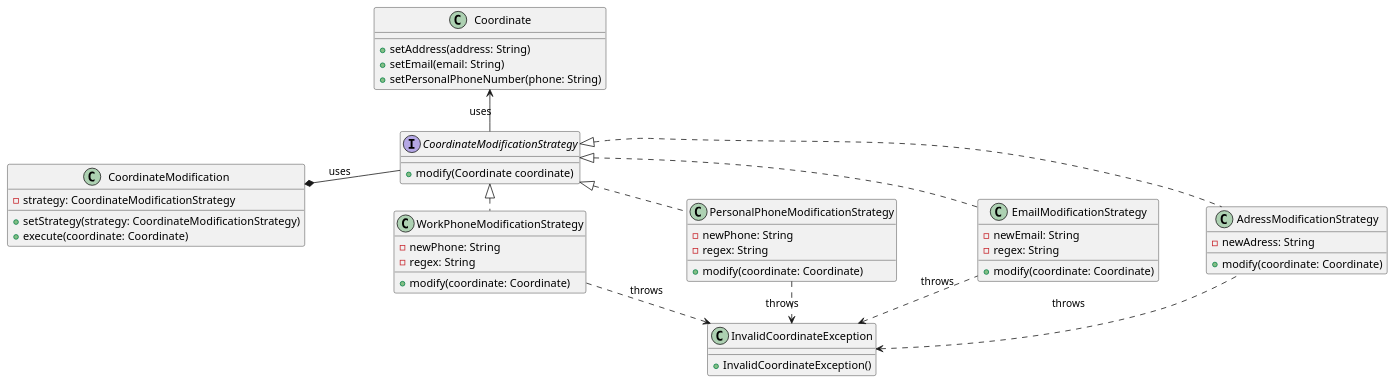
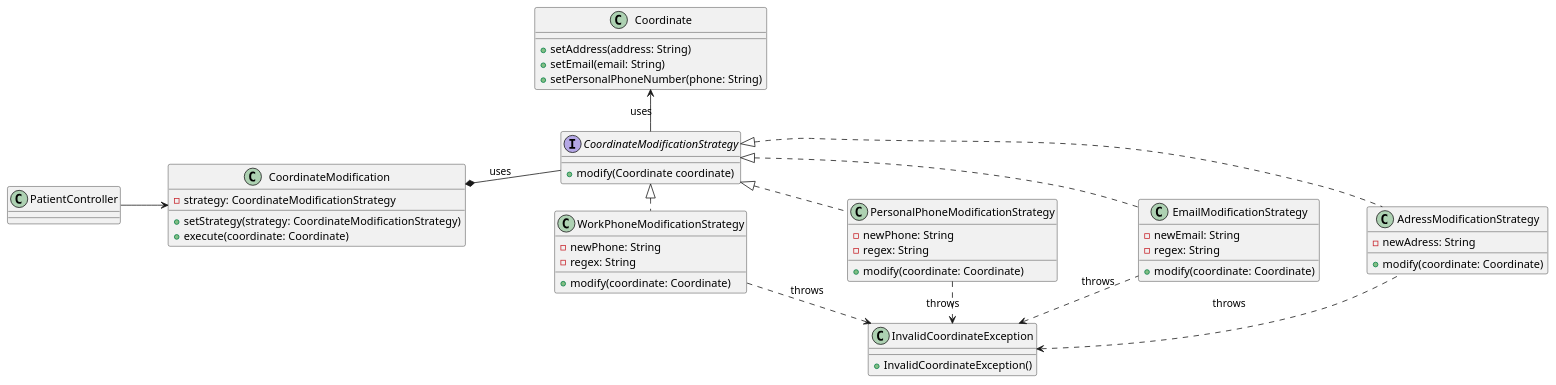
One commit to KevenJAntenor/Quebec-Centralized-Medical-Record-System changed the diagram in plantUml-partie2/strategy-class.puml. Above: the diagram before and after it, drawn with PlantUML.

Commit message:
fix: add controller that uses strategy

```diff
--- a/plantUml-partie2/strategy-class.puml
+++ b/plantUml-partie2/strategy-class.puml
@@ -1,64 +1,65 @@
 @startuml
 left to right direction
 class InvalidCoordinateException {
     +InvalidCoordinateException()
 }
 interface CoordinateModificationStrategy {
     +modify(Coordinate coordinate)
 }
 
 class AdressModificationStrategy {
     -newAdress: String
     +modify(coordinate: Coordinate)
 }
 
 class EmailModificationStrategy {
     -newEmail: String
     -regex: String
     +modify(coordinate: Coordinate)
 }
 
 class PersonalPhoneModificationStrategy {
     -newPhone: String
     -regex: String
     +modify(coordinate: Coordinate)
 }
 
 class WorkPhoneModificationStrategy {
     -newPhone: String
     -regex: String
     +modify(coordinate: Coordinate)
 }
 
 
 class CoordinateModification {
     -strategy: CoordinateModificationStrategy
     +setStrategy(strategy: CoordinateModificationStrategy)
     +execute(coordinate: Coordinate)
 }
 
 class Coordinate {
     +setAddress(address: String)
     +setEmail(email: String)
     +setPersonalPhoneNumber(phone: String)
 }
 
 CoordinateModificationStrategy <|.r. EmailModificationStrategy
 CoordinateModificationStrategy <|.r. PersonalPhoneModificationStrategy
 CoordinateModificationStrategy <|.r. WorkPhoneModificationStrategy
 CoordinateModificationStrategy <|.r. AdressModificationStrategy
 
 
 InvalidCoordinateException <.. AdressModificationStrategy: throws
 InvalidCoordinateException <.. EmailModificationStrategy: throws
 InvalidCoordinateException <.l. PersonalPhoneModificationStrategy: throws
 InvalidCoordinateException <.. WorkPhoneModificationStrategy: throws
 
 CoordinateModification -r[hidden]-> WorkPhoneModificationStrategy
 PersonalPhoneModificationStrategy -u[hidden]-> WorkPhoneModificationStrategy
 PersonalPhoneModificationStrategy -d[hidden]-> EmailModificationStrategy
 EmailModificationStrategy -d[hidden]-> AdressModificationStrategy
 
 CoordinateModificationStrategy -l-> Coordinate: uses
+PatientController --> CoordinateModification
 CoordinateModification *-d- CoordinateModificationStrategy: uses
 @enduml
```
